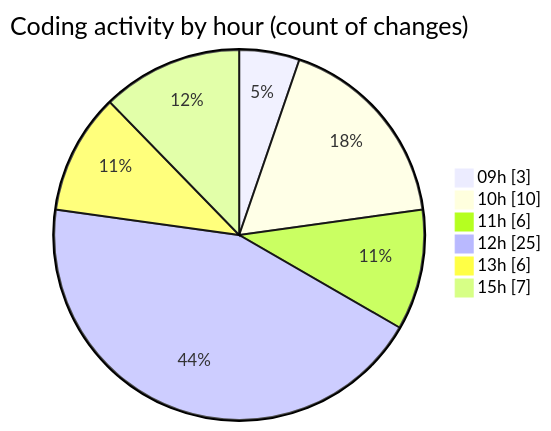
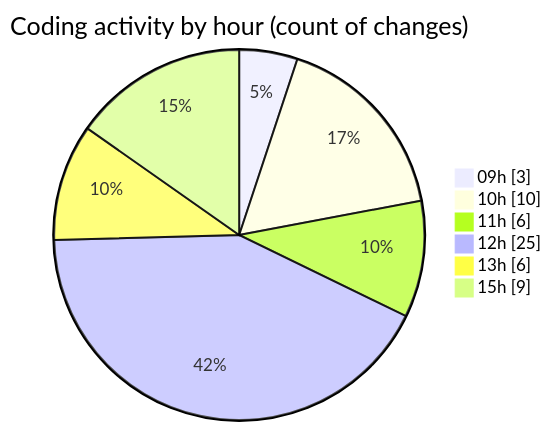
Before and after one commit to momahboobian/code-tracking: the second of 2 diagrams in 2026-01-26/cda/README.md, drawn with Mermaid. The commit also changed other lines of this file and 1 other file, not shown here.

````diff
--- a/2026-01-26/cda/README.md
+++ b/2026-01-26/cda/README.md
@@ -43,10 +45,10 @@
 ```mermaid
 pie showData
 title Coding activity by hour (count of changes)
 "09h" : 3
 "10h" : 10
 "11h" : 6
 "12h" : 25
 "13h" : 6
-"15h" : 7
+"15h" : 9
 ```
````
